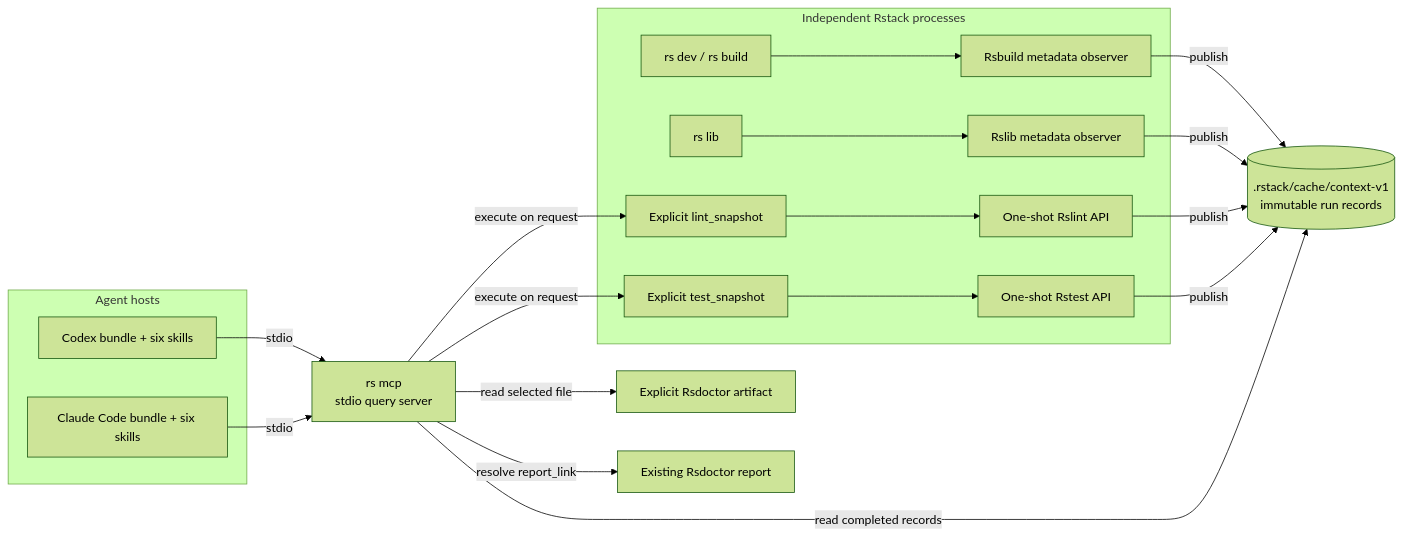
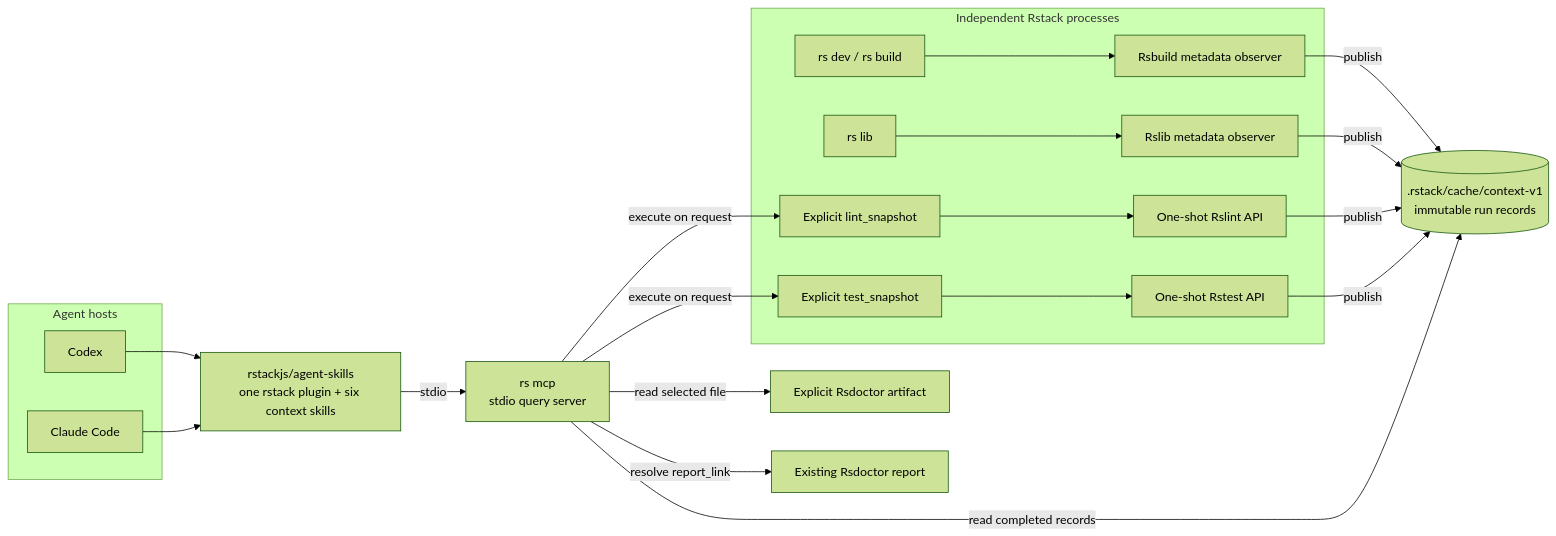
The first of 8 diagrams in docs/rfcs/0001-rstack-context-engine.md (rstackjs/rstack-cli), drawn with Mermaid (forest theme) before and after one commit. The commit also changed other lines of this file and 24 other files, not shown here.

Commit message:
docs(context): use official Rstack agent plugin

````diff
--- a/docs/rfcs/0001-rstack-context-engine.md
+++ b/docs/rfcs/0001-rstack-context-engine.md
@@ -83,31 +83,34 @@
 ```mermaid
 flowchart LR
   subgraph Processes["Independent Rstack processes"]
     App["rs dev / rs build"] --> AppObserver["Rsbuild metadata observer"]
     Library["rs lib"] --> LibObserver["Rslib metadata observer"]
     Lint["Explicit lint_snapshot"] --> Rslint["One-shot Rslint API"]
     Test["Explicit test_snapshot"] --> Rstest["One-shot Rstest API"]
   end
 
   Store[(".rstack/cache/context-v1<br/>immutable run records")]
   Artifact["Explicit Rsdoctor artifact"]
   Report["Existing Rsdoctor report"]
   MCP["rs mcp<br/>stdio query server"]
 
+  Plugin["rstackjs/agent-skills<br/>one rstack plugin + six context skills"]
+
   subgraph Hosts["Agent hosts"]
-    Codex["Codex bundle + six skills"]
-    Claude["Claude Code bundle + six skills"]
+    Codex["Codex"]
+    Claude["Claude Code"]
   end
 
   AppObserver -->|publish| Store
   LibObserver -->|publish| Store
   Rslint -->|publish| Store
   Rstest -->|publish| Store
-  Codex -->|stdio| MCP
-  Claude -->|stdio| MCP
+  Codex --> Plugin
+  Claude --> Plugin
+  Plugin -->|stdio| MCP
   MCP -->|read completed records| Store
   MCP -->|read selected file| Artifact
   MCP -->|resolve report_link| Report
   MCP -->|execute on request| Lint
   MCP -->|execute on request| Test
 ```
````
